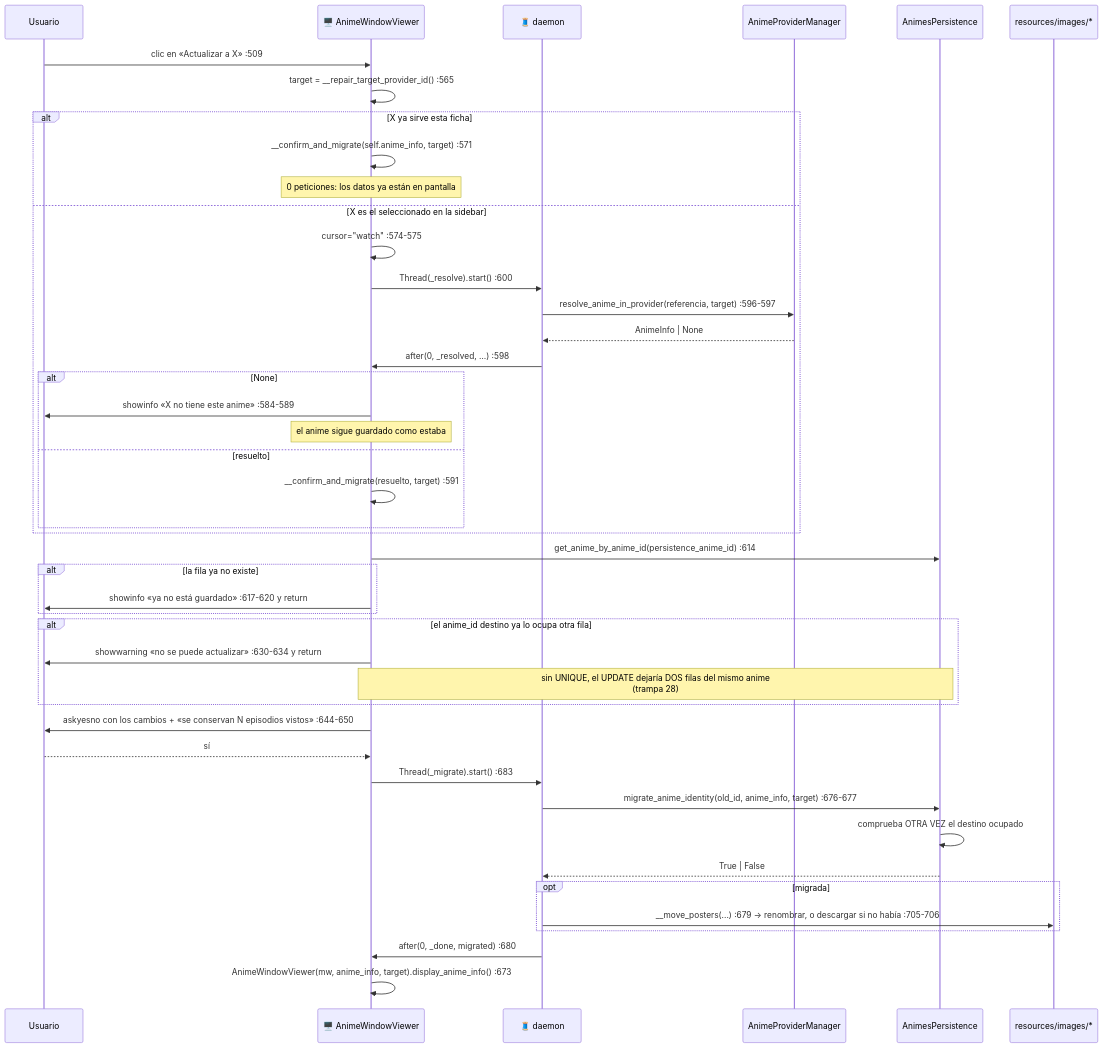
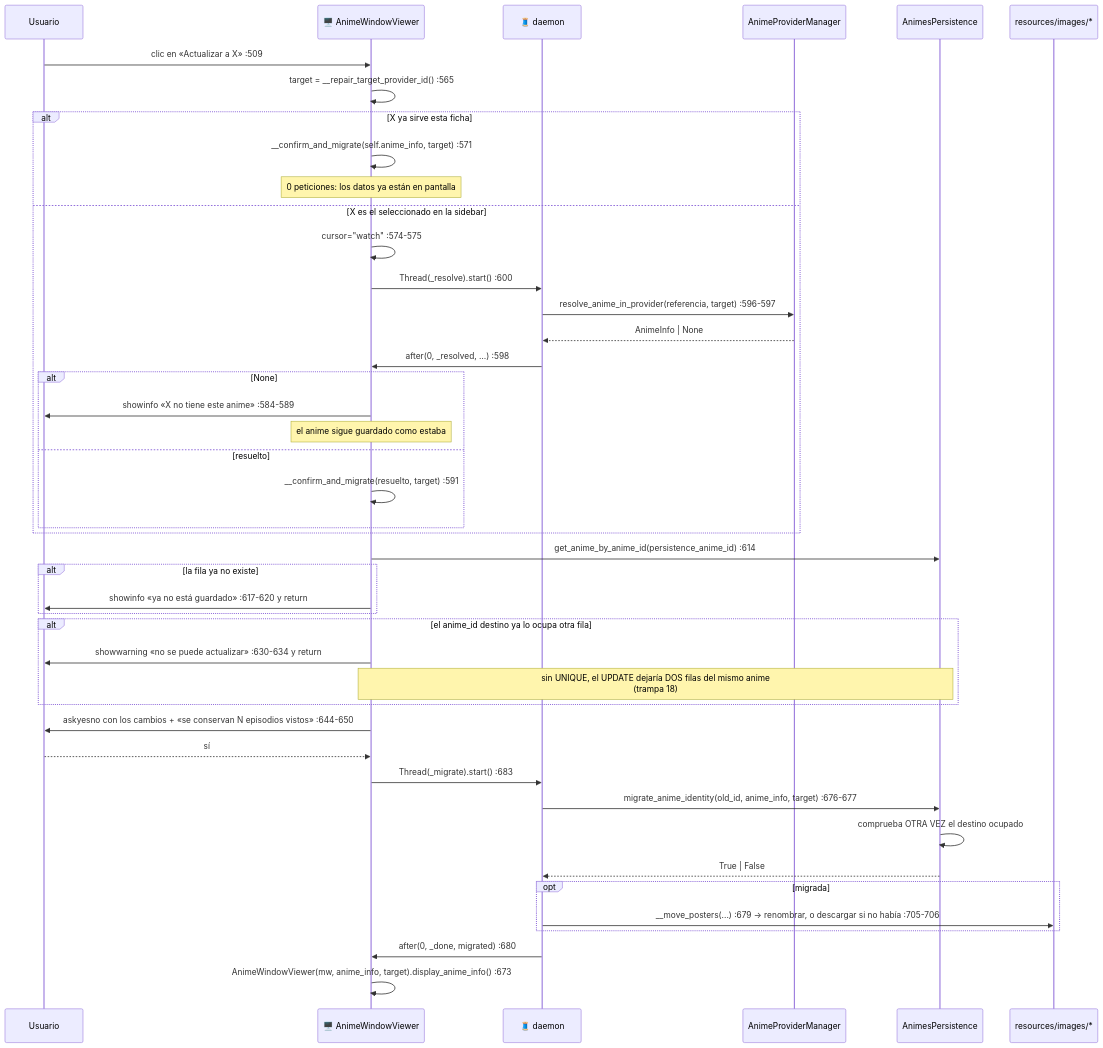
Diagram 12 of 20 in .claude/docs/03-flujos-de-ejecucion.md (DavidEscri/BibliotecaAnime), drawn with Mermaid before and after one commit. The commit also changed other lines of this file and 15 other files, not shown here.

````diff
--- a/.claude/docs/03-flujos-de-ejecucion.md
+++ b/.claude/docs/03-flujos-de-ejecucion.md
@@ -582,48 +582,48 @@
 ```mermaid
 sequenceDiagram
     participant U as Usuario
     participant AW as 🖥️ AnimeWindowViewer
     participant T as 🧵 daemon
     participant MGR as AnimeProviderManager
     participant P as AnimesPersistence
     participant FS as resources/images/*
 
     U->>AW: clic en «Actualizar a X» :509
     AW->>AW: target = __repair_target_provider_id() :565
     alt X ya sirve esta ficha
         AW->>AW: __confirm_and_migrate(self.anime_info, target) :571
         Note over AW: 0 peticiones: los datos ya están en pantalla
     else X es el seleccionado en la sidebar
         AW->>AW: cursor="watch" :574-575
         AW->>T: Thread(_resolve).start() :600
         T->>MGR: resolve_anime_in_provider(referencia, target) :596-597
         MGR-->>T: AnimeInfo | None
         T->>AW: after(0, _resolved, …) :598
         alt None
             AW->>U: showinfo «X no tiene este anime» :584-589
             Note over AW: el anime sigue guardado como estaba
         else resuelto
             AW->>AW: __confirm_and_migrate(resuelto, target) :591
         end
     end
 
     AW->>P: get_anime_by_anime_id(persistence_anime_id) :614
     alt la fila ya no existe
         AW->>U: showinfo «ya no está guardado» :617-620 y return
     end
     alt el anime_id destino ya lo ocupa otra fila
         AW->>U: showwarning «no se puede actualizar» :630-634 y return
-        Note over AW,P: sin UNIQUE, el UPDATE dejaría DOS filas del mismo anime<br/>(trampa 28)
+        Note over AW,P: sin UNIQUE, el UPDATE dejaría DOS filas del mismo anime<br/>(trampa 18)
     end
     AW->>U: askyesno con los cambios + «se conservan N episodios vistos» :644-650
     U-->>AW: sí
     AW->>T: Thread(_migrate).start() :683
     T->>P: migrate_anime_identity(old_id, anime_info, target) :676-677
     P->>P: comprueba OTRA VEZ el destino ocupado
     P-->>T: True | False
     opt migrada
         T->>FS: __move_posters(...) :679 → renombrar, o descargar si no había :705-706
     end
     T->>AW: after(0, _done, migrated) :680
     AW->>AW: AnimeWindowViewer(mw, anime_info, target).display_anime_info() :673
 ```
````
